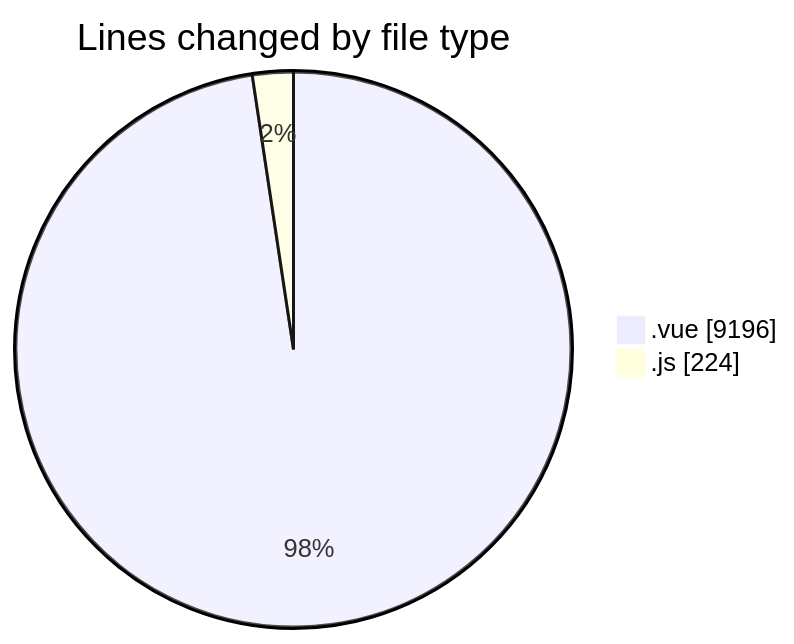
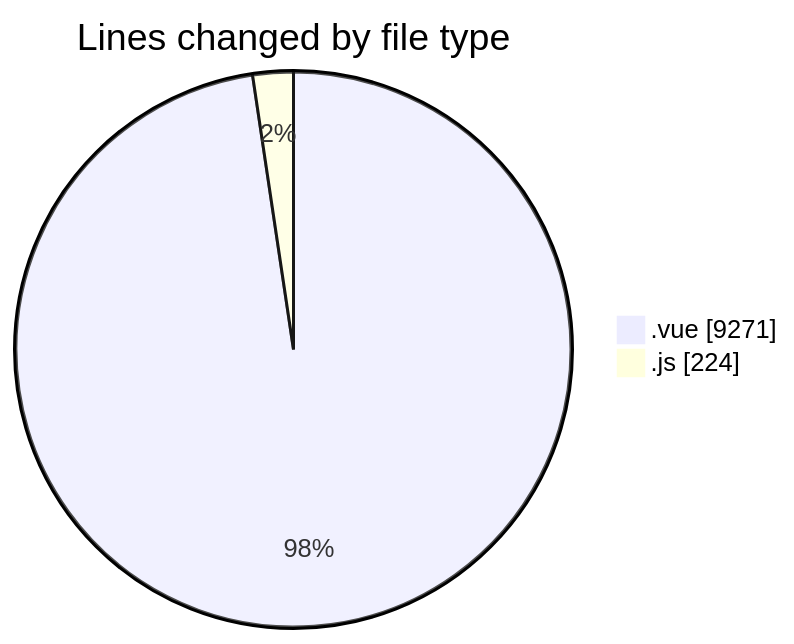
Before and after one commit to lephambinh05/code-tracking: the first of 2 diagrams in 2025-08-14/rentotp/README.md, drawn with Mermaid. The commit also changed other lines of this file and 1 other file, not shown here.

````diff
--- a/2025-08-14/rentotp/README.md
+++ b/2025-08-14/rentotp/README.md
@@ -25,6 +25,6 @@
 ```mermaid
 pie showData
 title Lines changed by file type
-".vue" : 9196
+".vue" : 9271
 ".js" : 224
 ```
````
